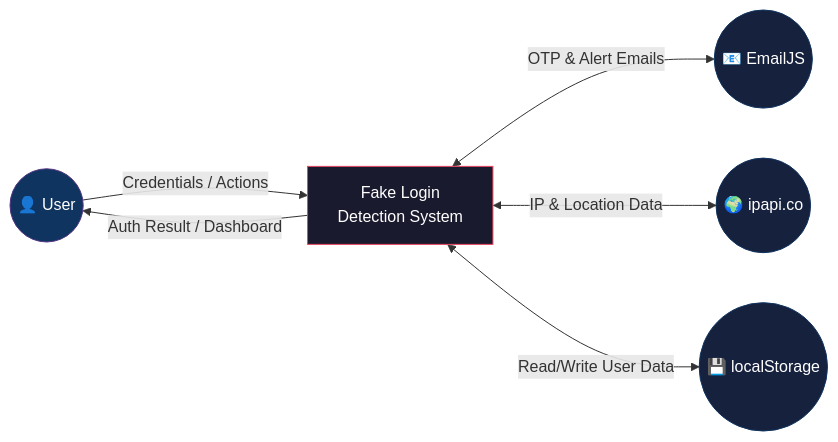
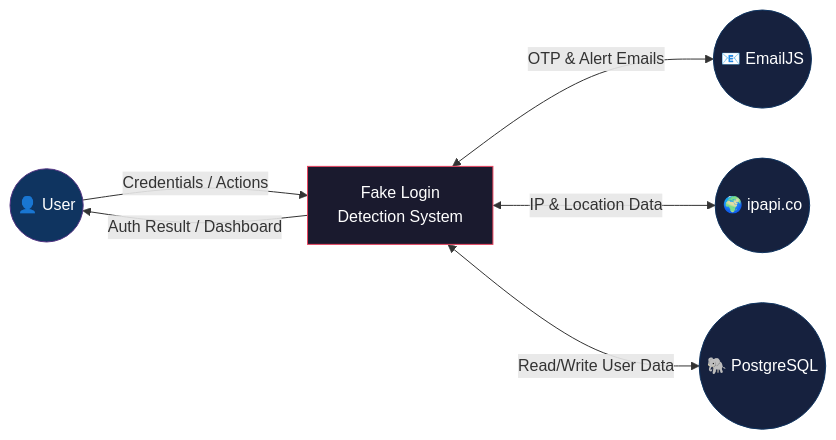
Before and after one commit to miran786/Fake-Login-Detection: the fourth of 6 diagrams in README.md, drawn with Mermaid. The commit also changed other lines of this file and 27 other files, not shown here.

````diff
--- a/README.md
+++ b/README.md
@@ -159,14 +169,14 @@
 ```mermaid
 graph LR
     U(("👤 User")) -->|Credentials / Actions| S["Fake Login<br/>Detection System"]
     S -->|Auth Result / Dashboard| U
     S <-->|OTP & Alert Emails| EJS(("📧 EmailJS"))
     S <-->|IP & Location Data| API(("🌍 ipapi.co"))
-    S <-->|Read/Write User Data| LS(("💾 localStorage"))
+    S <-->|Read/Write User Data| DB(("🐘 PostgreSQL"))
 
     style S fill:#1a1a2e,stroke:#e94560,color:#fff
     style U fill:#0f3460,stroke:#533483,color:#fff
     style EJS fill:#16213e,stroke:#0f3460,color:#fff
     style API fill:#16213e,stroke:#0f3460,color:#fff
-    style LS fill:#16213e,stroke:#0f3460,color:#fff
+    style DB fill:#16213e,stroke:#0f3460,color:#fff
 ```
````
